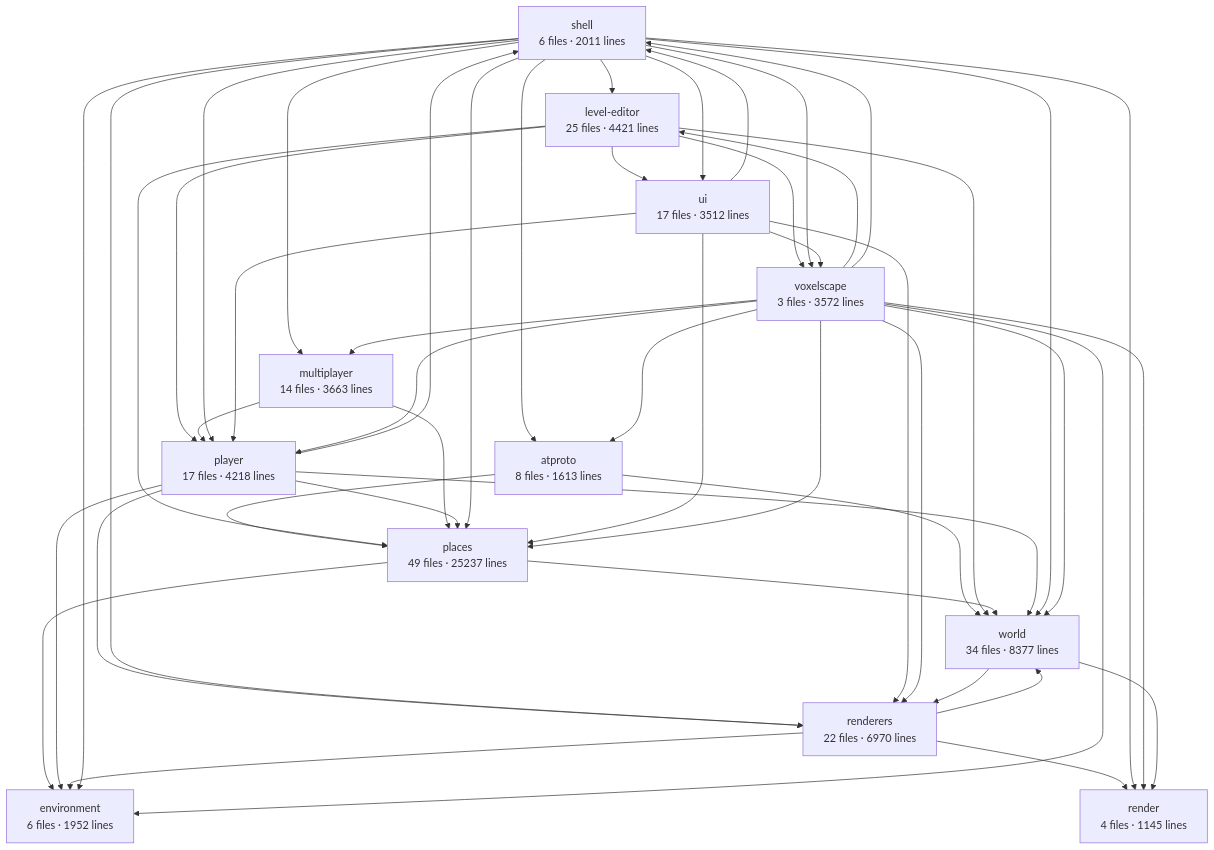
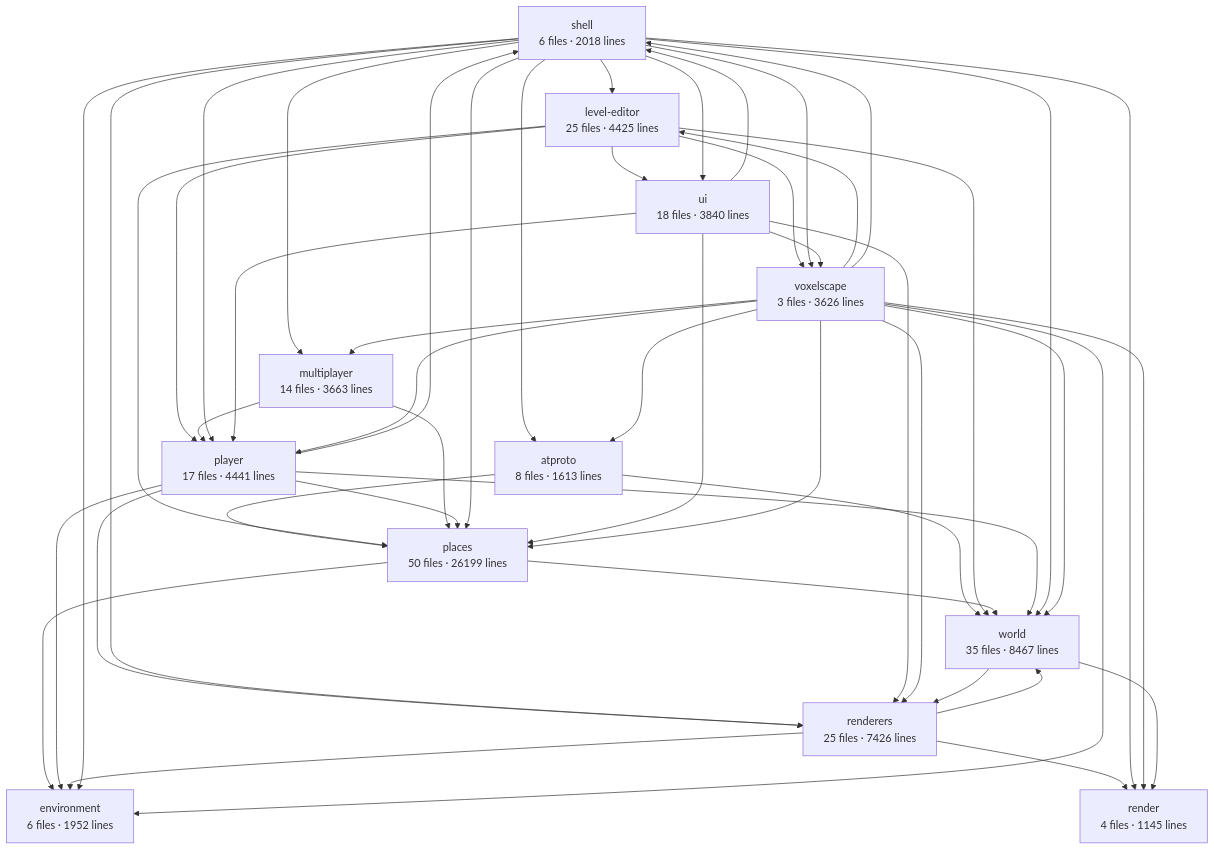
The diagram in apps/voxelscape/docs/architecture.md (big-mesh-studios/big-mesh-studios), drawn with Mermaid before and after one commit. The commit also changed other lines of this file and 23 other files, not shown here.

````diff
--- a/apps/voxelscape/docs/architecture.md
+++ b/apps/voxelscape/docs/architecture.md
@@ -6,62 +6,62 @@
 ```mermaid
 graph TD
-  shell["shell<br/>6 files · 2011 lines"]
-  voxelscape["voxelscape<br/>3 files · 3572 lines"]
-  world["world<br/>34 files · 8377 lines"]
-  renderers["renderers<br/>22 files · 6970 lines"]
+  shell["shell<br/>6 files · 2018 lines"]
+  voxelscape["voxelscape<br/>3 files · 3626 lines"]
+  world["world<br/>35 files · 8467 lines"]
+  renderers["renderers<br/>25 files · 7426 lines"]
   render["render<br/>4 files · 1145 lines"]
-  player["player<br/>17 files · 4218 lines"]
+  player["player<br/>17 files · 4441 lines"]
   multiplayer["multiplayer<br/>14 files · 3663 lines"]
-  places["places<br/>49 files · 25237 lines"]
+  places["places<br/>50 files · 26199 lines"]
   environment["environment<br/>6 files · 1952 lines"]
   atproto["atproto<br/>8 files · 1613 lines"]
-  ui["ui<br/>17 files · 3512 lines"]
-  level-editor["level-editor<br/>25 files · 4421 lines"]
+  ui["ui<br/>18 files · 3840 lines"]
+  level-editor["level-editor<br/>25 files · 4425 lines"]
   atproto --> places
   atproto --> world
   level-editor --> places
   level-editor --> player
   level-editor --> ui
   level-editor --> voxelscape
   level-editor --> world
   multiplayer --> places
   multiplayer --> player
   places --> environment
   places --> world
   player --> environment
   player --> places
   player --> renderers
   player --> shell
   player --> world
   renderers --> environment
   renderers --> render
   renderers --> world
   shell --> atproto
   shell --> environment
   shell --> level-editor
   shell --> multiplayer
   shell --> places
   shell --> player
   shell --> render
   shell --> renderers
   shell --> ui
   shell --> voxelscape
   shell --> world
   ui --> places
   ui --> player
   ui --> renderers
   ui --> shell
   ui --> voxelscape
   voxelscape --> atproto
   voxelscape --> environment
   voxelscape --> level-editor
   voxelscape --> multiplayer
   voxelscape --> places
   voxelscape --> player
   voxelscape --> render
   voxelscape --> renderers
   voxelscape --> shell
   voxelscape --> world
   world --> render
   world --> renderers
 ```
````
